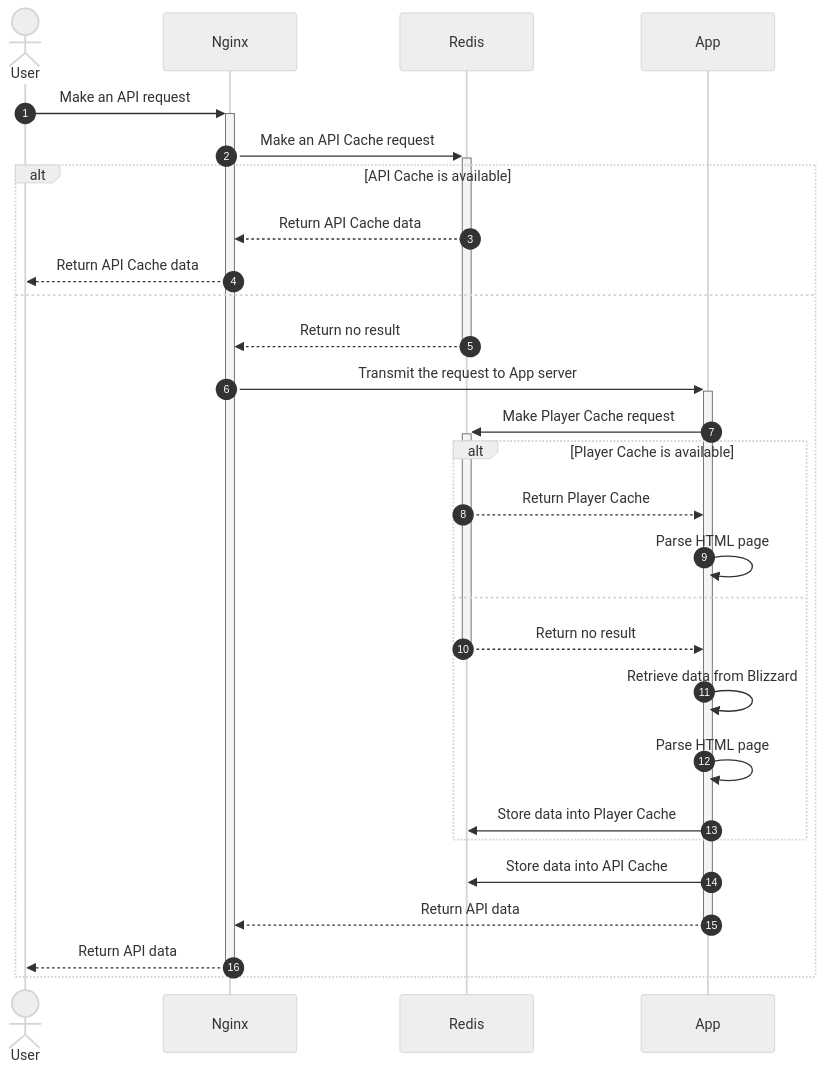
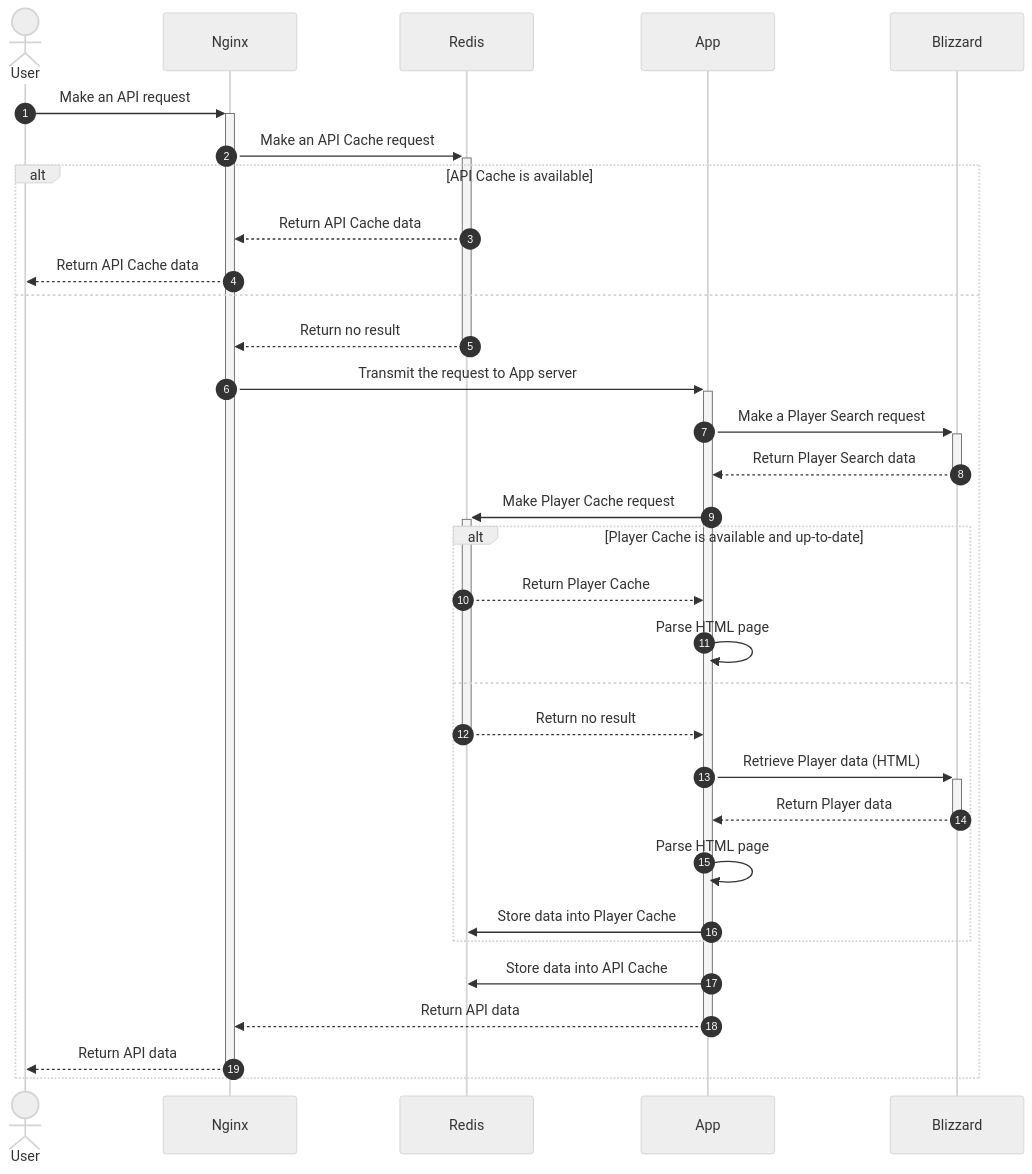
Before and after one commit to TeKrop/overfast-api: the second of 2 diagrams in README.md, drawn with Mermaid (neutral theme). The commit also changed other lines of this file, not shown here.

Commit message:
fix: updated README diagrams

````diff
--- a/README.md
+++ b/README.md
@@ -156,31 +160,35 @@
 ```mermaid
 sequenceDiagram
     autonumber
     actor User
     participant Nginx
     participant Redis
     participant App
+    participant Blizzard
     User->>+Nginx: Make an API request
     Nginx->>+Redis: Make an API Cache request
     alt API Cache is available
         Redis-->>Nginx: Return API Cache data
         Nginx-->>User: Return API Cache data
     else
         Redis-->>-Nginx: Return no result
         Nginx->>+App: Transmit the request to App server
+        App->>+Blizzard: Make a Player Search request
+        Blizzard-->>-App: Return Player Search data
         App->>+Redis: Make Player Cache request
-        alt Player Cache is available
+        alt Player Cache is available and up-to-date
             Redis-->>App: Return Player Cache
             App->>App: Parse HTML page
         else
             Redis-->>-App: Return no result
-            App->>App: Retrieve data from Blizzard
+            App->>+Blizzard: Retrieve Player data (HTML)
+            Blizzard-->>-App: Return Player data
             App->>App: Parse HTML page
             App->>Redis: Store data into Player Cache
         end
         App->>Redis: Store data into API Cache
         App-->>-Nginx: Return API data
         Nginx-->>-User: Return API data
     end
 
 ```
````
